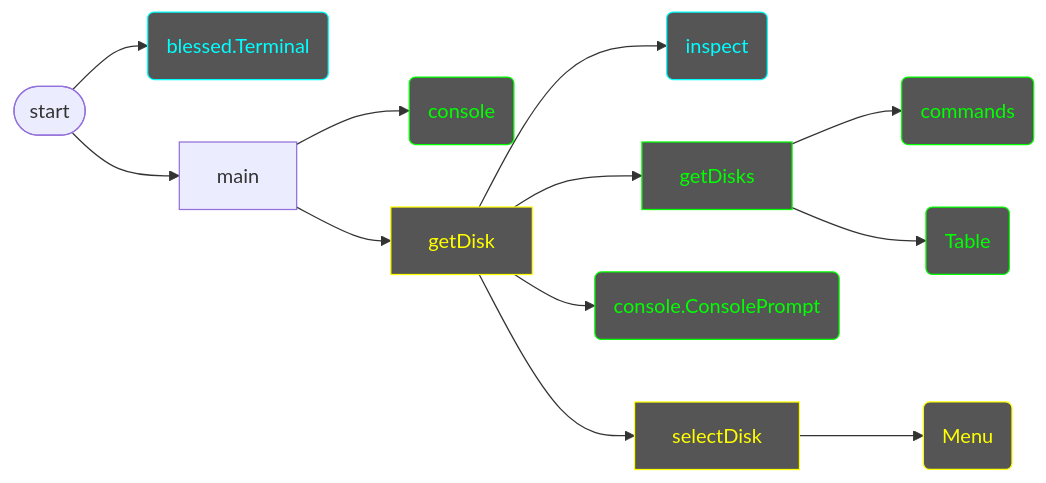
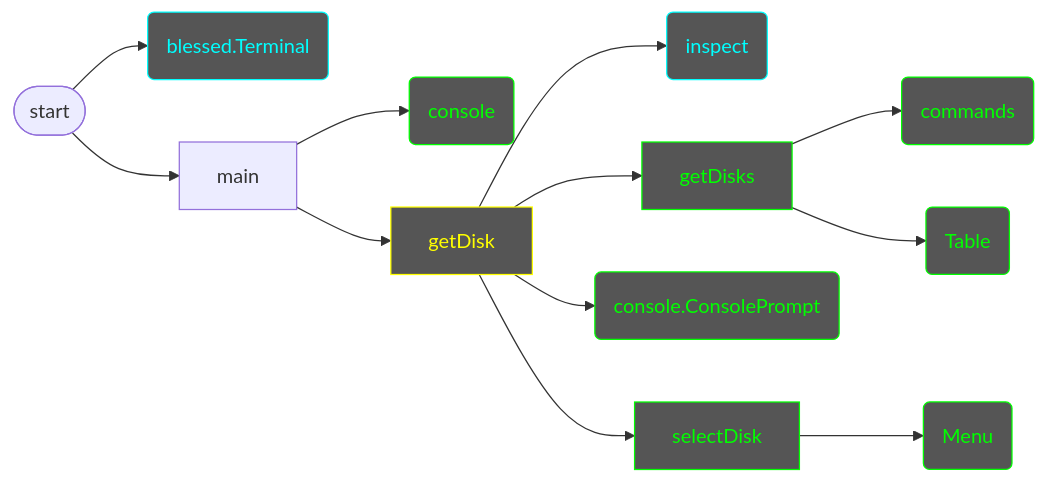
Before and after one commit to 7s4e/p3: the diagram in scripts/get_disk/design.md, drawn with Mermaid. The commit also changed 1 other file, not shown here.

Commit message:
complete selectDisk

````diff
--- a/scripts/get_disk/design.md
+++ b/scripts/get_disk/design.md
@@ -2,29 +2,29 @@
 ```mermaid
 flowchart LR
     classDef complete color:#0f0,stroke:#0f0,fill:#555
     classDef working color:#ff0,stroke:#ff0,fill:#555
     classDef library color:#0ff,stroke:#0ff,fill:#555
     IF([start])
         IF --> TRM
         IF --> MAIN
     TRM(blessed.Terminal):::library
     MAIN[main]
         MAIN --> CON
         MAIN --> GD
     CON(console):::complete
     GD[getDisk]:::working
         GD --> INSP
         GD --> GDS
         GD --> CCP
         GD --> SD
     INSP(inspect):::library
     GDS[getDisks]:::complete
         GDS --> CMD
         GDS --> TBL
     CCP(console.ConsolePrompt):::complete
-    SD[selectDisk]:::working
+    SD[selectDisk]:::complete
         SD --> MNU
     CMD(commands):::complete
     TBL(Table):::complete
-    MNU(Menu):::working
+    MNU(Menu):::complete
 ```
````
